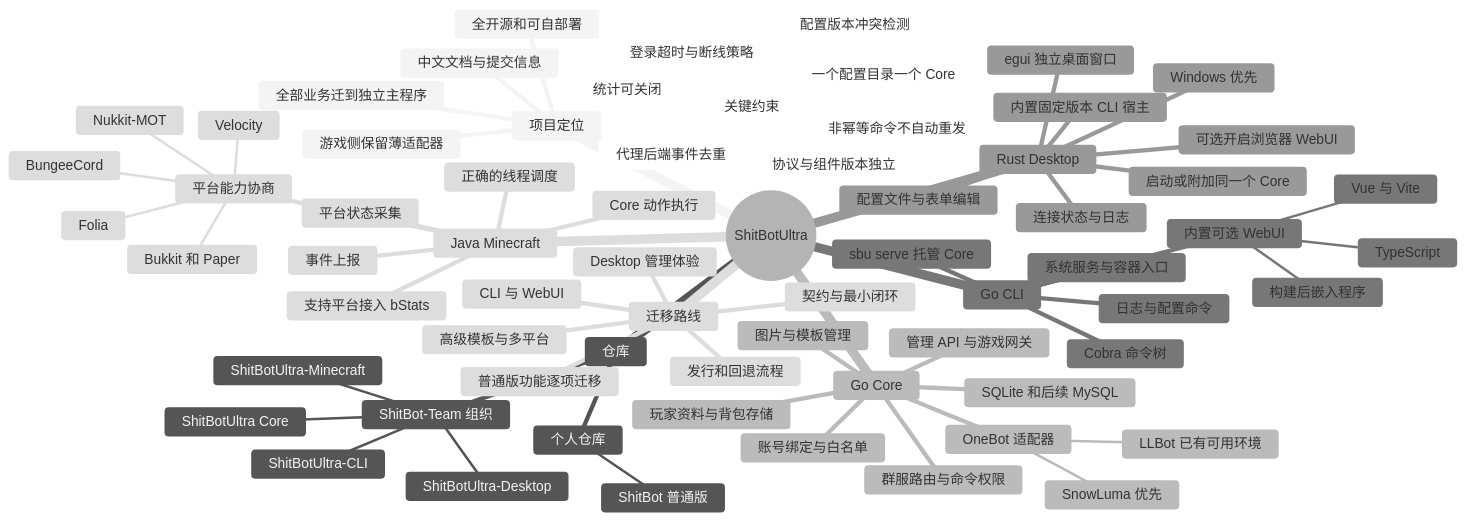
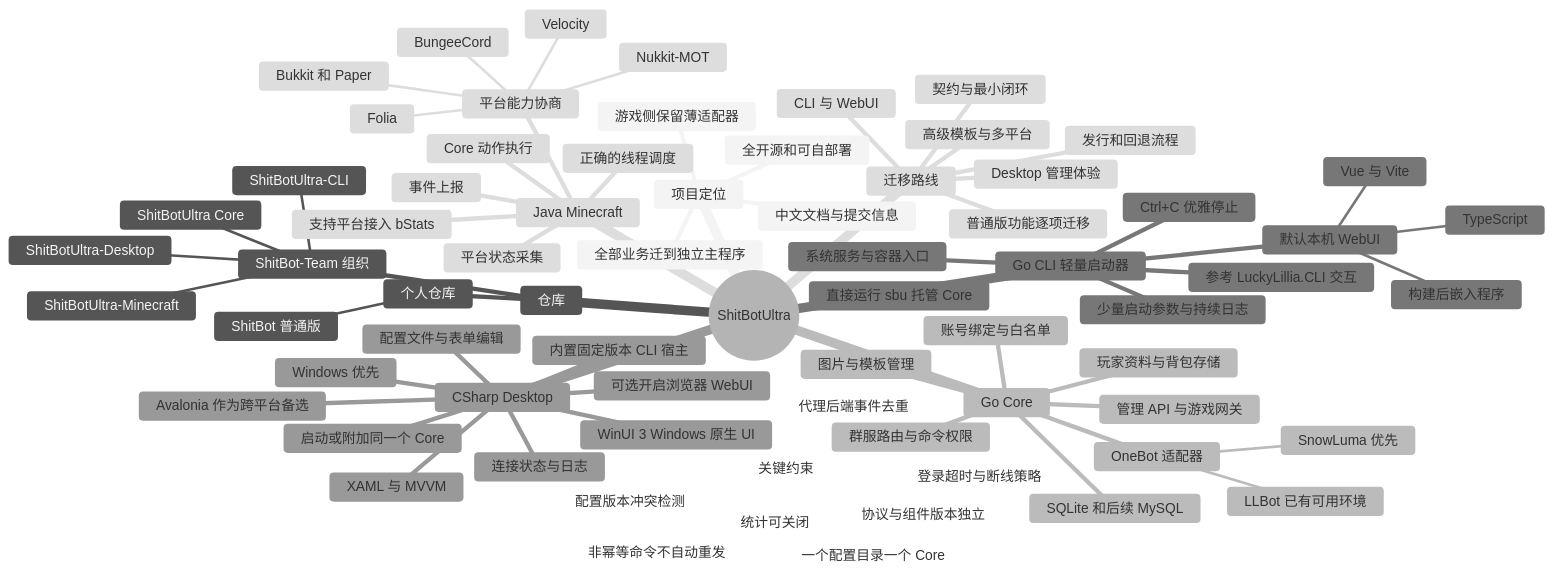
Before and after one commit to ShitBot-Team/ShitBotUltra: the diagram in docs/plan/04-思维导图.md, drawn with Mermaid (neutral theme). The commit also changed other lines of this file and 5 other files, not shown here.

Commit message:
文档：调整为轻量 CLI 启动器和 Windows 原生桌面方案

````diff
--- a/docs/plan/04-思维导图.md
+++ b/docs/plan/04-思维导图.md
@@ -5,71 +5,74 @@
 ```mermaid
 mindmap
   root((ShitBotUltra))
     项目定位
       全部业务迁到独立主程序
       游戏侧保留薄适配器
       全开源和可自部署
       中文文档与提交信息
     仓库
       个人仓库
         ShitBot 普通版
       ShitBot-Team 组织
         ShitBotUltra Core
         ShitBotUltra-CLI
         ShitBotUltra-Desktop
         ShitBotUltra-Minecraft
     Go Core
       账号绑定与白名单
       群服路由与命令权限
       玩家资料与背包存储
       图片与模板管理
       SQLite 和后续 MySQL
       OneBot 适配器
         SnowLuma 优先
         LLBot 已有可用环境
       管理 API 与游戏网关
-    Go CLI
-      Cobra 命令树
-      sbu serve 托管 Core
-      日志与配置命令
+    Go CLI 轻量启动器
+      参考 LuckyLillia.CLI 交互
+      直接运行 sbu 托管 Core
+      少量启动参数与持续日志
+      Ctrl+C 优雅停止
       系统服务与容器入口
-      内置可选 WebUI
+      默认本机 WebUI
         TypeScript
         Vue 与 Vite
         构建后嵌入程序
-    Rust Desktop
-      egui 独立桌面窗口
+    CSharp Desktop
+      WinUI 3 Windows 原生 UI
+      XAML 与 MVVM
+      Avalonia 作为跨平台备选
       内置固定版本 CLI 宿主
       启动或附加同一个 Core
       配置文件与表单编辑
       连接状态与日志
       可选开启浏览器 WebUI
       Windows 优先
     Java Minecraft
       事件上报
       平台状态采集
       Core 动作执行
       正确的线程调度
       平台能力协商
         Bukkit 和 Paper
         Folia
         Velocity
         BungeeCord
         Nukkit-MOT
       支持平台接入 bStats
     关键约束
       一个配置目录一个 Core
       配置版本冲突检测
       登录超时与断线策略
       代理后端事件去重
       非幂等命令不自动重发
       协议与组件版本独立
       统计可关闭
     迁移路线
       契约与最小闭环
       CLI 与 WebUI
       Desktop 管理体验
       普通版功能逐项迁移
       高级模板与多平台
       发行和回退流程
 ```
````
